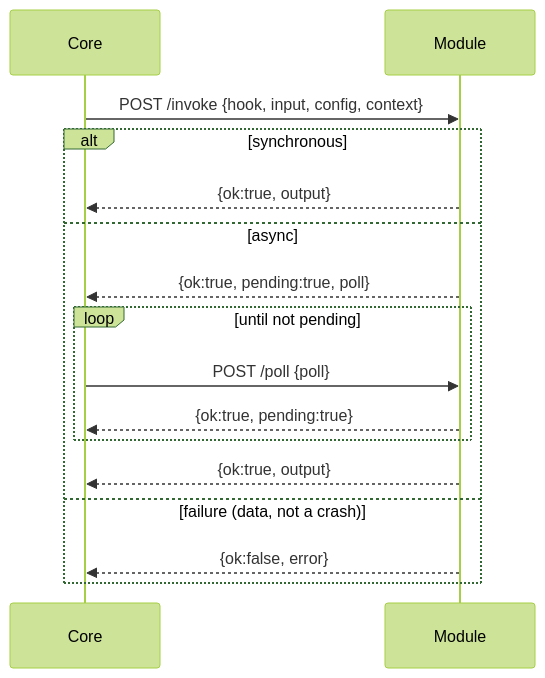
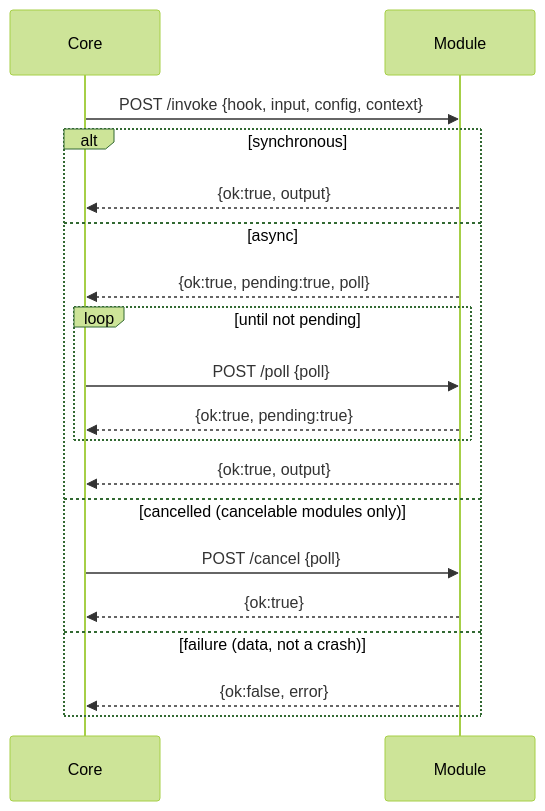
Before and after one commit to skyphusion-labs/vivijure: the fourth of 6 diagrams in docs/CONTRACT.md, drawn with Mermaid (forest theme). The commit also changed other lines of this file and 9 other files, not shown here.

````diff
--- a/docs/CONTRACT.md
+++ b/docs/CONTRACT.md
@@ -1218,18 +1242,21 @@
 ```mermaid
 sequenceDiagram
   participant Core
   participant Module
   Core->>Module: POST /invoke {hook, input, config, context}
   alt synchronous
     Module-->>Core: {ok:true, output}
   else async
     Module-->>Core: {ok:true, pending:true, poll}
     loop until not pending
       Core->>Module: POST /poll {poll}
       Module-->>Core: {ok:true, pending:true}
     end
     Module-->>Core: {ok:true, output}
+  else cancelled (cancelable modules only)
+    Core->>Module: POST /cancel {poll}
+    Module-->>Core: {ok:true}
   else failure (data, not a crash)
     Module-->>Core: {ok:false, error}
   end
 ```
````
